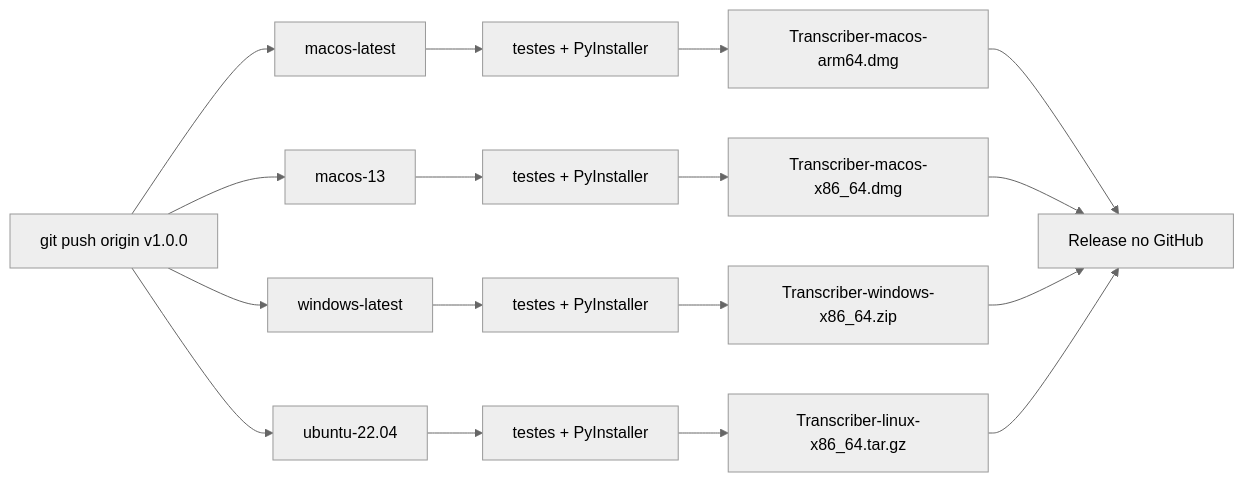
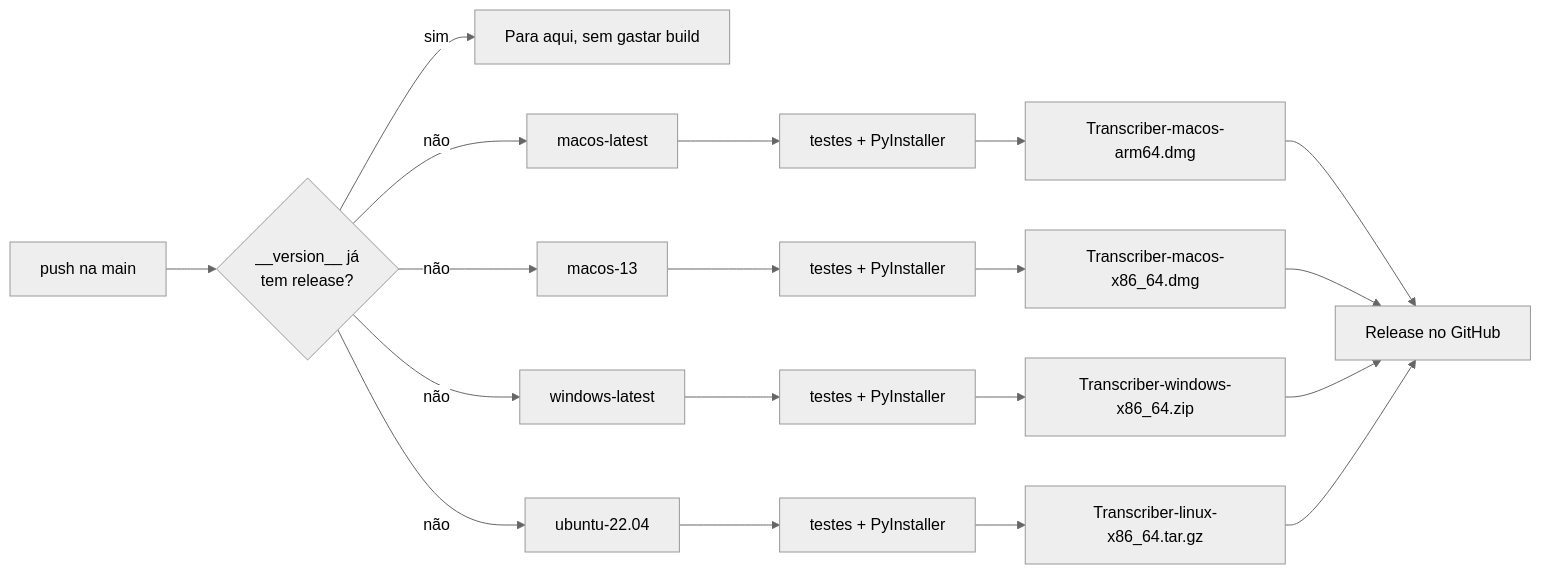
The second of 2 diagrams in README.md (samuelrms/transcribe), drawn with Mermaid (neutral theme) before and after one commit. The commit also changed other lines of this file and 3 other files, not shown here.

First line of the commit message:
ci: publish releases from main, gated by the package version

````diff
--- a/README.md
+++ b/README.md
@@ -331,22 +348,27 @@
 ```mermaid
 flowchart LR
-    T["git push origin v1.0.0"] --> M1["macos-latest"]
-    T --> M2["macos-13"]
-    T --> W["windows-latest"]
-    T --> U["ubuntu-22.04"]
+    T["push na main"] --> V{"__version__ já<br/>tem release?"}
+    V -- sim --> S["Para aqui, sem gastar build"]
+    V -- não --> M1["macos-latest"]
+    V -- não --> M2
+    V -- não --> W
+    V -- não --> U
+    M2["macos-13"]
+    W["windows-latest"]
+    U["ubuntu-22.04"]
 
     M1 --> P1["testes + PyInstaller"]
     M2 --> P2["testes + PyInstaller"]
     W --> P3["testes + PyInstaller"]
     U --> P4["testes + PyInstaller"]
 
     P1 --> A1["Transcriber-macos-arm64.dmg"]
     P2 --> A2["Transcriber-macos-x86_64.dmg"]
     P3 --> A3["Transcriber-windows-x86_64.zip"]
     P4 --> A4["Transcriber-linux-x86_64.tar.gz"]
 
     A1 --> R["Release no GitHub"]
     A2 --> R
     A3 --> R
     A4 --> R
 ```
````
